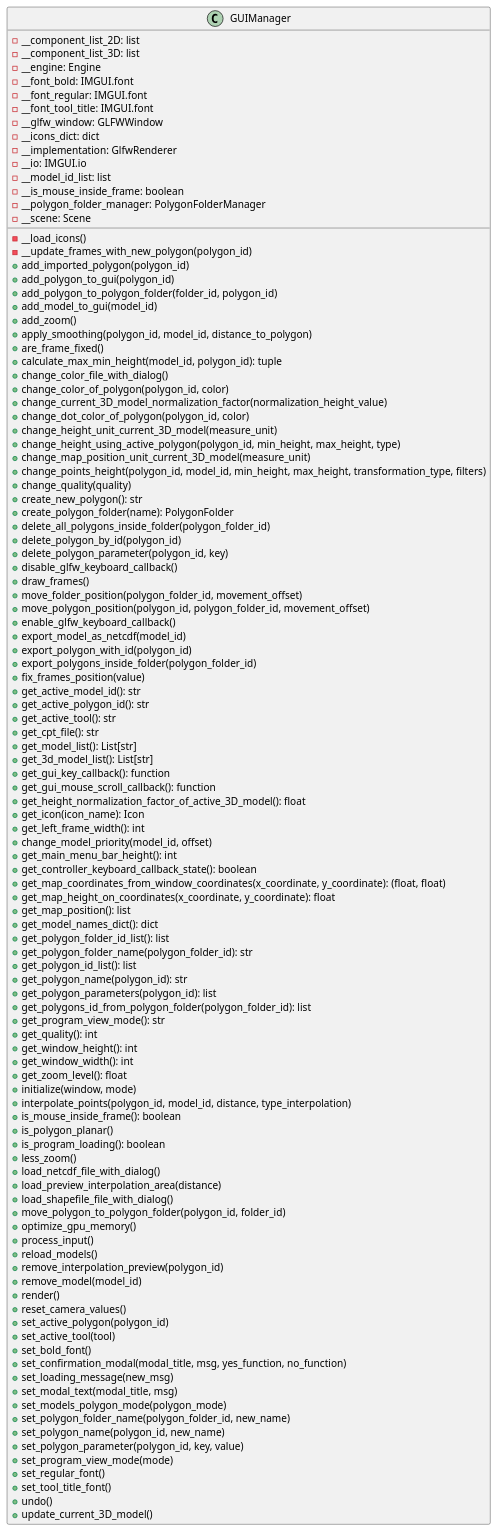
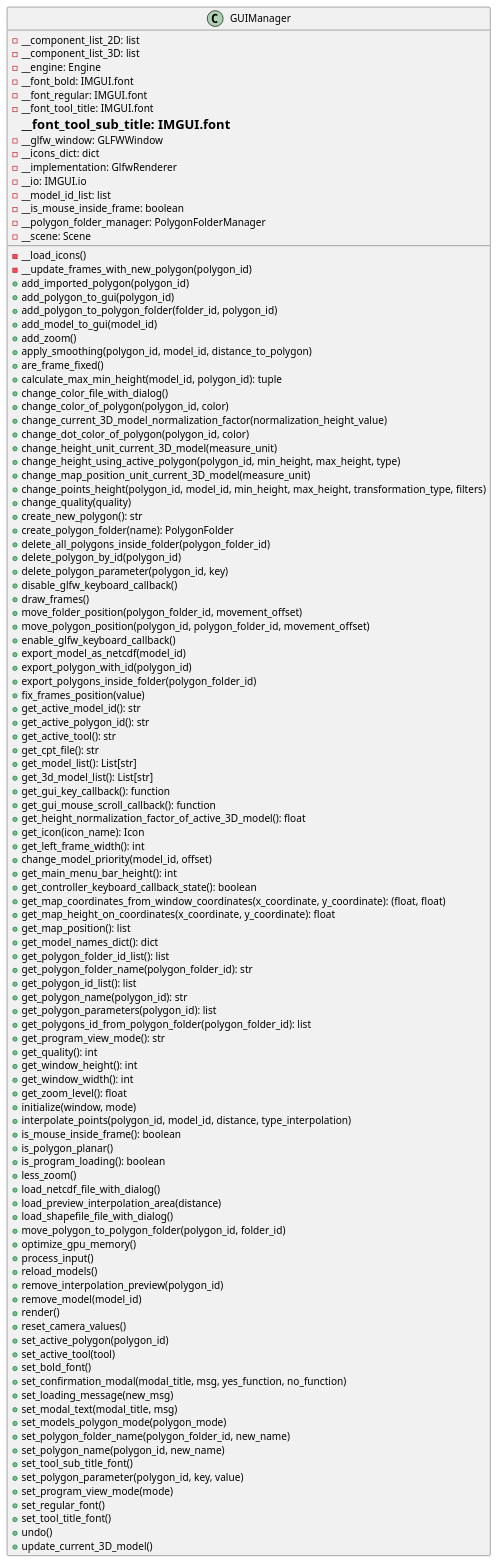
The diagram in docs/classes/GUIManager.puml (ferpoble2/Relief_Creator), drawn with PlantUML before and after one commit. The commit also changed 6 other files, not shown here.

```diff
--- a/docs/classes/GUIManager.puml
+++ b/docs/classes/GUIManager.puml
@@ -1,114 +1,116 @@
 @startuml
 'https://plantuml.com/class-diagram
 class GUIManager{
     - __component_list_2D: list
     - __component_list_3D: list
     - __engine: Engine
     - __font_bold: IMGUI.font
     - __font_regular: IMGUI.font
     - __font_tool_title: IMGUI.font
+    = __font_tool_sub_title: IMGUI.font
     - __glfw_window: GLFWWindow
     - __icons_dict: dict
     - __implementation: GlfwRenderer
     - __io: IMGUI.io
     - __model_id_list: list
     - __is_mouse_inside_frame: boolean
     - __polygon_folder_manager: PolygonFolderManager
     - __scene: Scene
 
     - __load_icons()
     - __update_frames_with_new_polygon(polygon_id)
     + add_imported_polygon(polygon_id)
     + add_polygon_to_gui(polygon_id)
     + add_polygon_to_polygon_folder(folder_id, polygon_id)
     + add_model_to_gui(model_id)
     + add_zoom()
     + apply_smoothing(polygon_id, model_id, distance_to_polygon)
     + are_frame_fixed()
     + calculate_max_min_height(model_id, polygon_id): tuple
     + change_color_file_with_dialog()
     + change_color_of_polygon(polygon_id, color)
     + change_current_3D_model_normalization_factor(normalization_height_value)
     + change_dot_color_of_polygon(polygon_id, color)
     + change_height_unit_current_3D_model(measure_unit)
     + change_height_using_active_polygon(polygon_id, min_height, max_height, type)
     + change_map_position_unit_current_3D_model(measure_unit)
     + change_points_height(polygon_id, model_id, min_height, max_height, transformation_type, filters)
     + change_quality(quality)
     + create_new_polygon(): str
     + create_polygon_folder(name): PolygonFolder
     + delete_all_polygons_inside_folder(polygon_folder_id)
     + delete_polygon_by_id(polygon_id)
     + delete_polygon_parameter(polygon_id, key)
     + disable_glfw_keyboard_callback()
     + draw_frames()
     + move_folder_position(polygon_folder_id, movement_offset)
     + move_polygon_position(polygon_id, polygon_folder_id, movement_offset)
     + enable_glfw_keyboard_callback()
     + export_model_as_netcdf(model_id)
     + export_polygon_with_id(polygon_id)
     + export_polygons_inside_folder(polygon_folder_id)
     + fix_frames_position(value)
     + get_active_model_id(): str
     + get_active_polygon_id(): str
     + get_active_tool(): str
     + get_cpt_file(): str
     + get_model_list(): List[str]
     + get_3d_model_list(): List[str]
     + get_gui_key_callback(): function
     + get_gui_mouse_scroll_callback(): function
     + get_height_normalization_factor_of_active_3D_model(): float
     + get_icon(icon_name): Icon
     + get_left_frame_width(): int
     + change_model_priority(model_id, offset)
     + get_main_menu_bar_height(): int
     + get_controller_keyboard_callback_state(): boolean
     + get_map_coordinates_from_window_coordinates(x_coordinate, y_coordinate): (float, float)
     + get_map_height_on_coordinates(x_coordinate, y_coordinate): float
     + get_map_position(): list
     + get_model_names_dict(): dict
     + get_polygon_folder_id_list(): list
     + get_polygon_folder_name(polygon_folder_id): str
     + get_polygon_id_list(): list
     + get_polygon_name(polygon_id): str
     + get_polygon_parameters(polygon_id): list
     + get_polygons_id_from_polygon_folder(polygon_folder_id): list
     + get_program_view_mode(): str
     + get_quality(): int
     + get_window_height(): int
     + get_window_width(): int
     + get_zoom_level(): float
     + initialize(window, mode)
     + interpolate_points(polygon_id, model_id, distance, type_interpolation)
     + is_mouse_inside_frame(): boolean
     + is_polygon_planar()
     + is_program_loading(): boolean
     + less_zoom()
     + load_netcdf_file_with_dialog()
     + load_preview_interpolation_area(distance)
     + load_shapefile_file_with_dialog()
     + move_polygon_to_polygon_folder(polygon_id, folder_id)
     + optimize_gpu_memory()
     + process_input()
     + reload_models()
     + remove_interpolation_preview(polygon_id)
     + remove_model(model_id)
     + render()
     + reset_camera_values()
     + set_active_polygon(polygon_id)
     + set_active_tool(tool)
     + set_bold_font()
     + set_confirmation_modal(modal_title, msg, yes_function, no_function)
     + set_loading_message(new_msg)
     + set_modal_text(modal_title, msg)
     + set_models_polygon_mode(polygon_mode)
     + set_polygon_folder_name(polygon_folder_id, new_name)
     + set_polygon_name(polygon_id, new_name)
+    + set_tool_sub_title_font()
     + set_polygon_parameter(polygon_id, key, value)
     + set_program_view_mode(mode)
     + set_regular_font()
     + set_tool_title_font()
     + undo()
     + update_current_3D_model()
 }
 @enduml
```
